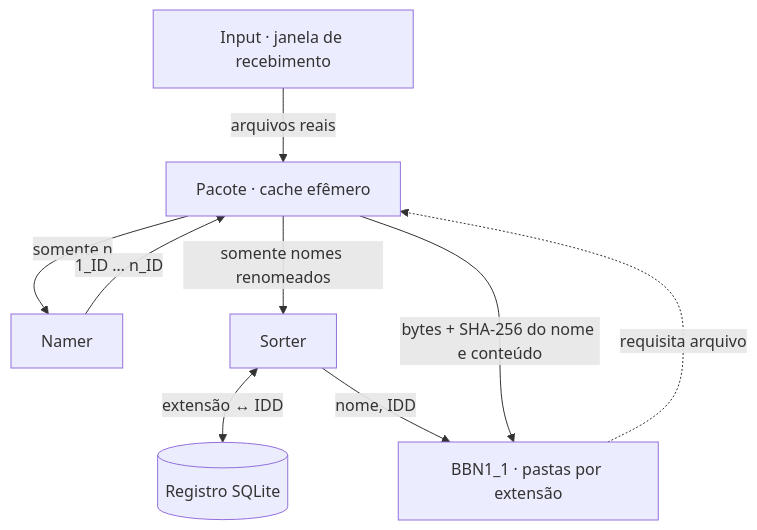
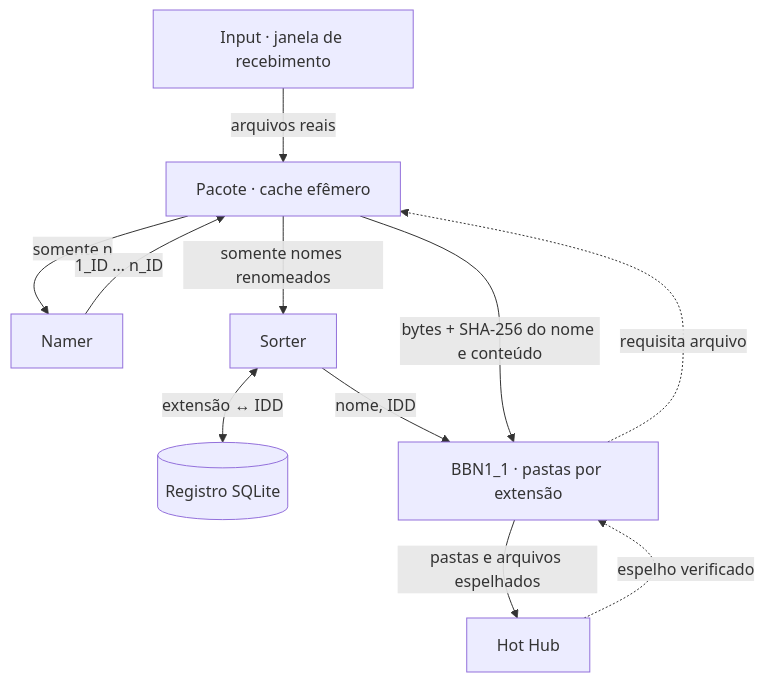
The diagram in README.md (Walc21/AI-MEMORY), drawn with Mermaid before and after one commit. The commit also changed other lines of this file and 8 other files, not shown here.

First line of the commit message:
Add verified Hot Hub mirror and guarded BBN1_1 cleanup

````diff
--- a/README.md
+++ b/README.md
@@ -7,11 +7,13 @@
 ```mermaid
 flowchart TB
     I["Input · janela de recebimento"] -->|"arquivos reais"| P["Pacote · cache efêmero"]
     P -->|"somente n"| N["Namer"]
     N -->|"1_ID … n_ID"| P
     P -->|"somente nomes renomeados"| S["Sorter"]
     S <-->|"extensão ↔ IDD"| R[("Registro SQLite")]
     S -->|"nome, IDD"| B["BBN1_1 · pastas por extensão"]
     B -.->|"requisita arquivo"| P
     P -->|"bytes + SHA-256 do nome e conteúdo"| B
+    B -->|"pastas e arquivos espelhados"| H["Hot Hub"]
+    H -.->|"espelho verificado"| B
 ```
````
